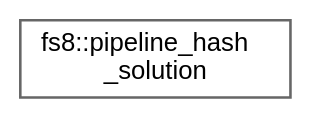
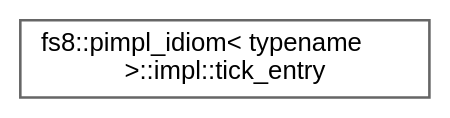
Before and after one commit to the-moisrex/foresight: the diagram in api/inherit_graph_104.dot, drawn with Graphviz. The commit also changed 175 other files, not shown here.

```diff
--- a/api/inherit_graph_104.dot
+++ b/api/inherit_graph_104.dot
@@ -1,9 +1,9 @@
 digraph "Graphical Class Hierarchy"
 {
  // LATEX_PDF_SIZE
   bgcolor="transparent";
   edge [fontname=Helvetica,fontsize=10,labelfontname=Helvetica,labelfontsize=10];
   node [fontname=Helvetica,fontsize=10,shape=box,height=0.2,width=0.4];
   rankdir="LR";
-  Node0 [id="Node000000",label="fs8::pipeline_hash\l_solution",height=0.2,width=0.4,color="grey40", fillcolor="white", style="filled",URL="$structfs8_1_1pipeline__hash__solution.html",tooltip="Hash the pipeline's mod types via their typeid().name()."];
+  Node0 [id="Node000000",label="fs8::pimpl_idiom\< typename\l \>::impl::tick_entry",height=0.2,width=0.4,color="grey40", fillcolor="white", style="filled",URL="$structfs8_1_1pimpl__idiom_1_1impl_1_1tick__entry.html",tooltip=" "];
 }
```
